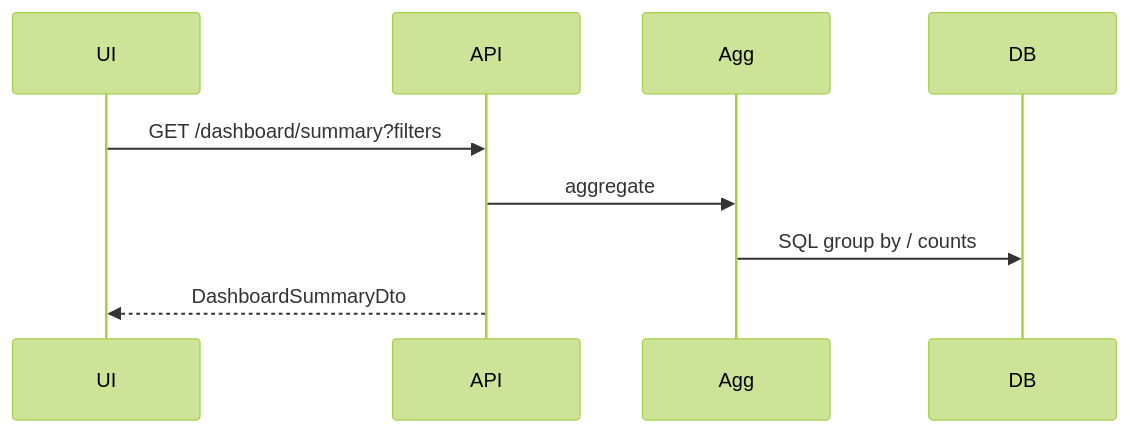
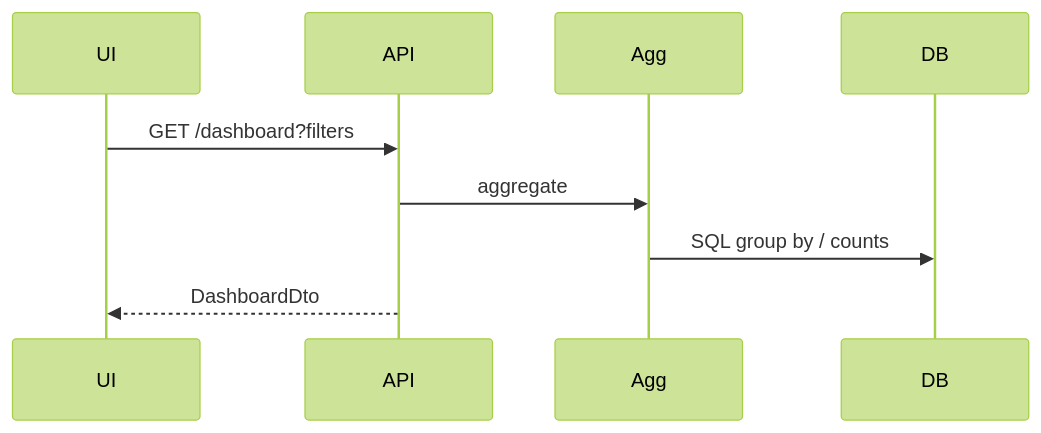
Before and after one commit to harshbrickred-ctrl/Service-Staffing-Tracker: the fifth of 6 diagrams in docs/06-system-design/SEQUENCE_DIAGRAMS.md, drawn with Mermaid (forest theme). The commit also changed 7 other files, not shown here.

First line of the commit message:
Consolidate dashboard data into one API

````diff
--- a/docs/06-system-design/SEQUENCE_DIAGRAMS.md
+++ b/docs/06-system-design/SEQUENCE_DIAGRAMS.md
@@ -88,11 +88,11 @@
 ```mermaid
 sequenceDiagram
   participant UI
   participant API
   participant Agg
   participant DB
-  UI->>API: GET /dashboard/summary?filters
+  UI->>API: GET /dashboard?filters
   API->>Agg: aggregate
   Agg->>DB: SQL group by / counts
-  API-->>UI: DashboardSummaryDto
+  API-->>UI: DashboardDto
 ```
````
